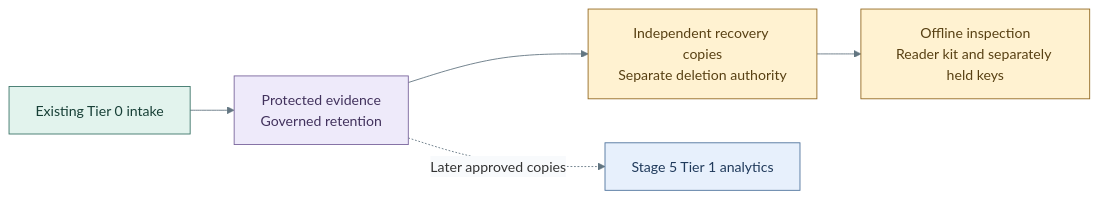
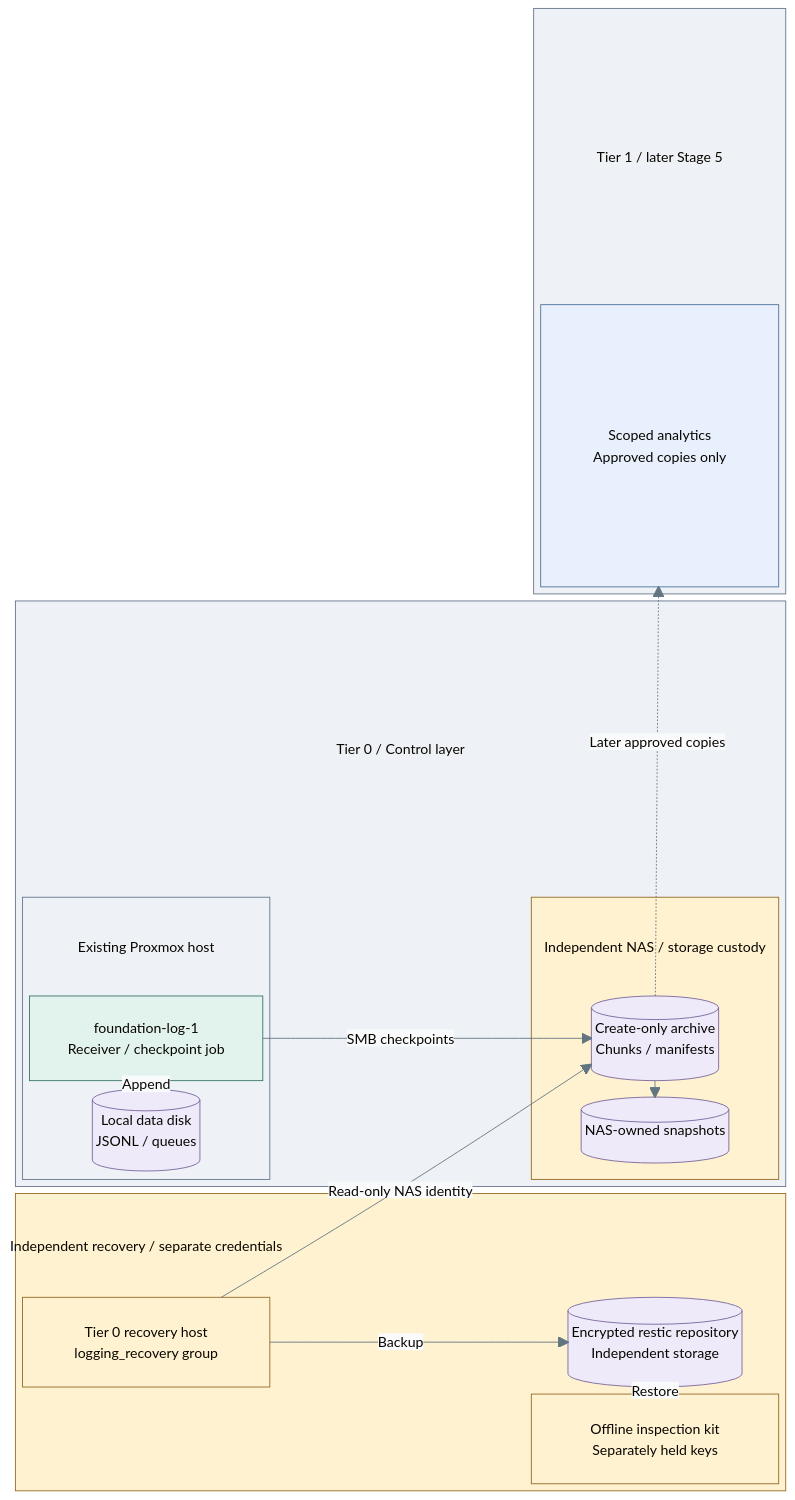
One commit to Rexus/homelab changed the third of 3 diagrams in docs/deployment/stage-1-logging/README.md. Above: the diagram before and after it, drawn with Mermaid. The commit also changed other lines of this file and 4 other files, not shown here.

Commit message:
docs(diagrams): show logging deployment boundaries

````diff
--- a/docs/deployment/stage-1-logging/README.md
+++ b/docs/deployment/stage-1-logging/README.md
@@ -149,17 +202,57 @@
 ```mermaid
 %%{init: {"theme":"base","themeVariables":{"lineColor":"#627581","edgeLabelBackground":"#f8fafc"}}}%%
-flowchart LR
-  Intake["Existing Tier 0 intake"] --> Evidence["Protected evidence<br/>Governed retention"]
-  Evidence --> Copy["Independent recovery copies<br/>Separate deletion authority"]
-  Copy --> Offline["Offline inspection<br/>Reader kit and separately held keys"]
-  Evidence -. Later approved copies .-> Search["Stage 5 Tier 1 analytics"]
+block-beta
+  columns 3
+  space:2
+  block:T1
+    columns 1
+    T1Title["Tier 1 / later Stage 5"]
+    Search["Scoped analytics<br/>Approved copies only"]
+  end
+  block:T0:3
+    columns 3
+    T0Title["Tier 0 / Control layer"]:3
+    block:PVE
+      columns 1
+      HostTitle["Existing Proxmox host"]
+      VM["foundation-log-1<br/>Receiver / checkpoint job"]
+      Records[("Local data disk<br/>JSONL / queues")]
+    end
+    space
+    block:NAS
+      columns 1
+      NASTitle["Independent NAS / storage custody"]
+      Evidence[("Create-only archive<br/>Chunks / manifests")]
+      Snapshots[("NAS-owned snapshots")]
+    end
+  end
+  block:Recovery:3
+    columns 3
+    RecoveryTitle["Independent recovery / separate credentials"]:3
+    Backup["Tier 0 recovery host<br/>logging_recovery group"]
+    space
+    Copy[("Encrypted restic repository<br/>Independent storage")]
+    space:2
+    Offline["Offline inspection kit<br/>Separately held keys"]
+  end
+  VM -- "Append" --> Records
+  VM -- "SMB checkpoints" --> Evidence
+  Evidence --> Snapshots
+  Backup -- "Read-only NAS identity" --> Evidence
+  Backup -- "Backup" --> Copy
+  Copy -- "Restore" --> Offline
+  Evidence -. "Later approved copies" .-> Search
   classDef default fill:#f8fafc,stroke:#64748b,color:#1f2937
+  classDef boundary fill:#eef2f6,stroke:#64748b,color:#1f2937
+  classDef heading fill:none,stroke:none,color:#1f2937
   classDef control fill:#e2f3ed,stroke:#397366,color:#173f36
   classDef data fill:#eeeafa,stroke:#78639b,color:#42325d
   classDef custody fill:#fff2d1,stroke:#926820,color:#584013
   classDef services fill:#e7f0fc,stroke:#4d719b,color:#203a5b
-  class Intake control
-  class Evidence data
-  class Copy,Offline custody
+  class T1,T0,PVE boundary
+  class T0Title,T1Title,HostTitle,NASTitle,RecoveryTitle heading
+  class VM control
+  class Records,Evidence,Snapshots,Copy data
+  class NAS,Recovery,Backup,Offline custody
   class Search services
 ```
````
